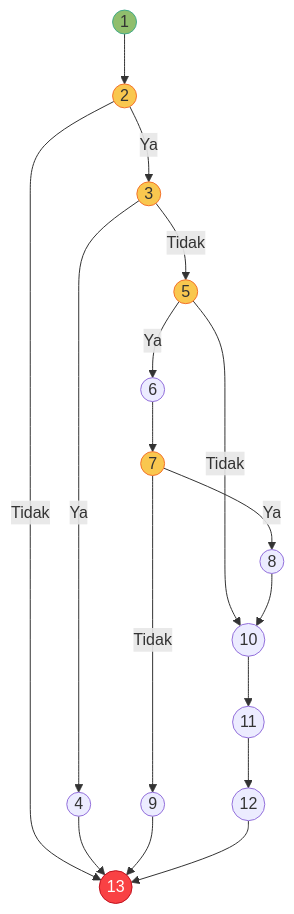
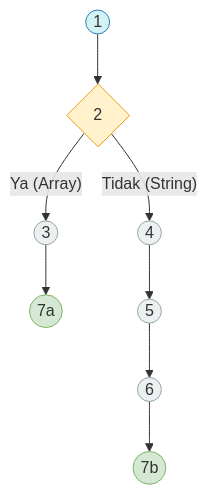
Before and after one commit to arbain-dev/Web_fikom: the fourth of 6 diagrams in docs/07_PENGUJIAN_WHITE_BOX.md, drawn with Mermaid. The commit also changed other lines of this file and 46 other files, not shown here.

Commit message:
Standardize technical documentation (01-07) and align users table with 4-column schema

````diff
--- a/docs/07_PENGUJIAN_WHITE_BOX.md
+++ b/docs/07_PENGUJIAN_WHITE_BOX.md
@@ -182,26 +212,15 @@
 ```mermaid
 graph TD
-    N1((1)) --> N2((2))
-    N2 -->|Tidak| N13((13))
-    N2 -->|Ya| N3((3))
-    N3 -->|Ya| N4((4))
-    N4 --> N13
-    N3 -->|Tidak| N5((5))
-    N5 -->|Tidak| N10((10))
-    N5 -->|Ya| N6((6))
-    N6 --> N7((7))
-    N7 -->|Tidak| N9((9))
-    N9 --> N13
-    N7 -->|Ya| N8((8))
-    N8 --> N10
-    N10 --> N11((11))
-    N11 --> N12((12))
-    N12 --> N13
+    N1((1)):::start --> N2{2}:::decision
+    N2 -- "Ya (Array)" --> N3((3)):::process
+    N3 --> N7a((7a)):::endnode
+    N2 -- "Tidak (String)" --> N4((4)):::process
+    N4 --> N5((5)):::process
+    N5 --> N6((6)):::process
+    N6 --> N7b((7b)):::endnode
 
-    style N1 fill:#90be6d,stroke:#43aa8b
-    style N2 fill:#f9c74f,stroke:#f3722c
-    style N3 fill:#f9c74f,stroke:#f3722c
-    style N5 fill:#f9c74f,stroke:#f3722c
-    style N7 fill:#f9c74f,stroke:#f3722c
-    style N13 fill:#f94144,stroke:#c1121f,color:#fff
+    classDef start fill:#d4f1f4,stroke:#2980b9
+    classDef decision fill:#fff2cc,stroke:#f39c12
+    classDef process fill:#ecf0f1,stroke:#95a5a6
+    classDef endnode fill:#d5e8d4,stroke:#82b366
 ```
````
